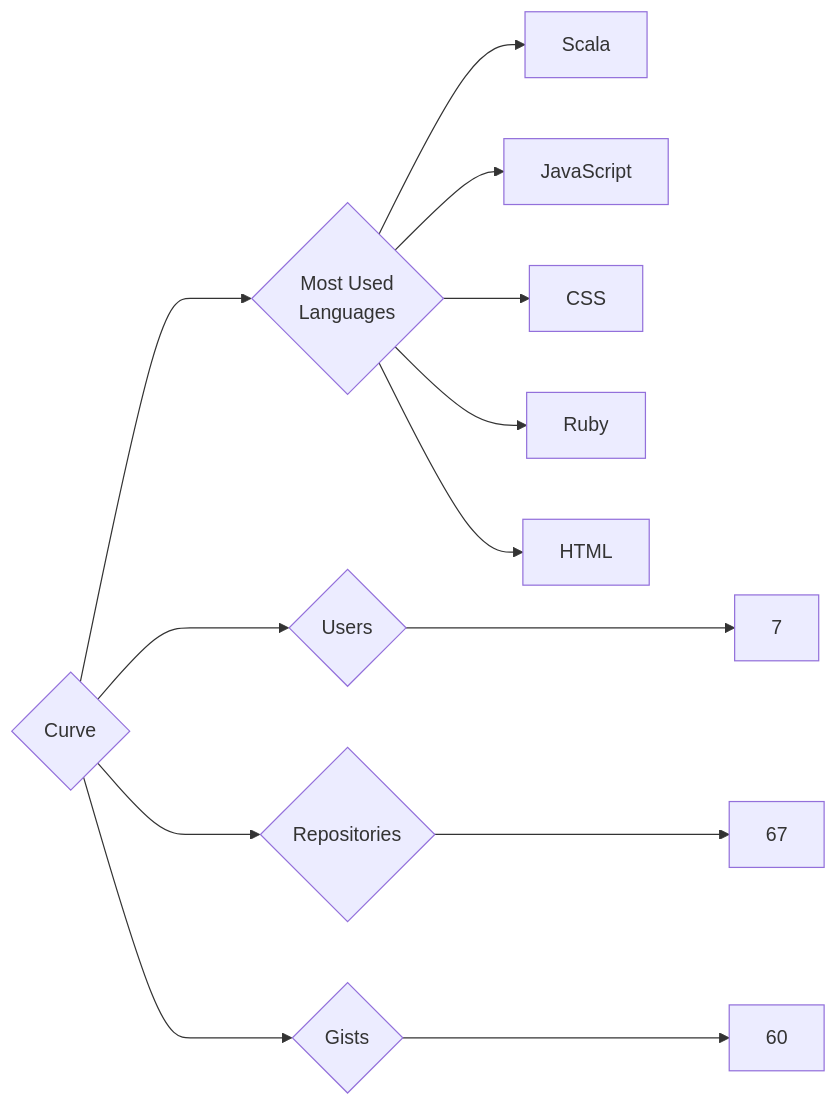
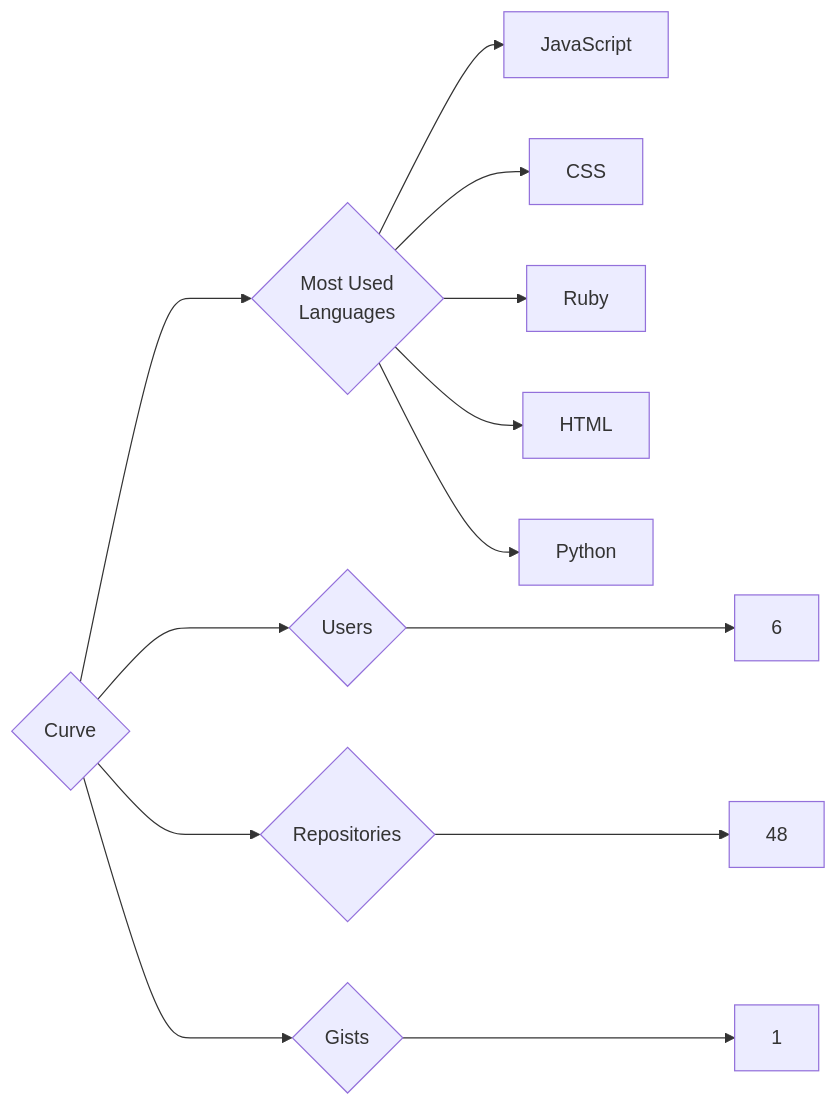
One commit to trickest/insiders changed the diagram in targets/Curve/README.md. Above: the diagram before and after it, drawn with Mermaid. The commit also changed 865 other files, not shown here.

````diff
--- a/targets/Curve/README.md
+++ b/targets/Curve/README.md
@@ -3,13 +3,13 @@
 ```mermaid
 graph LR
 COMPANY_NAME{Curve}
-COMPANY_NAME ---> U{Users} ---> UN[7]
-COMPANY_NAME ---> R{Repositories} ---> RN[67]
-COMPANY_NAME ---> G{Gists} ---> GN[60]
+COMPANY_NAME ---> U{Users} ---> UN[6]
+COMPANY_NAME ---> R{Repositories} ---> RN[48]
+COMPANY_NAME ---> G{Gists} ---> GN[1]
 COMPANY_NAME ---> ML{Most Used<br>Languages}
-ML --> Scala[Scala]
 ML --> JavaScript[JavaScript]
 ML --> CSS[CSS]
 ML --> Ruby[Ruby]
 ML --> HTML[HTML]
+ML --> Python[Python]
 ```
````
